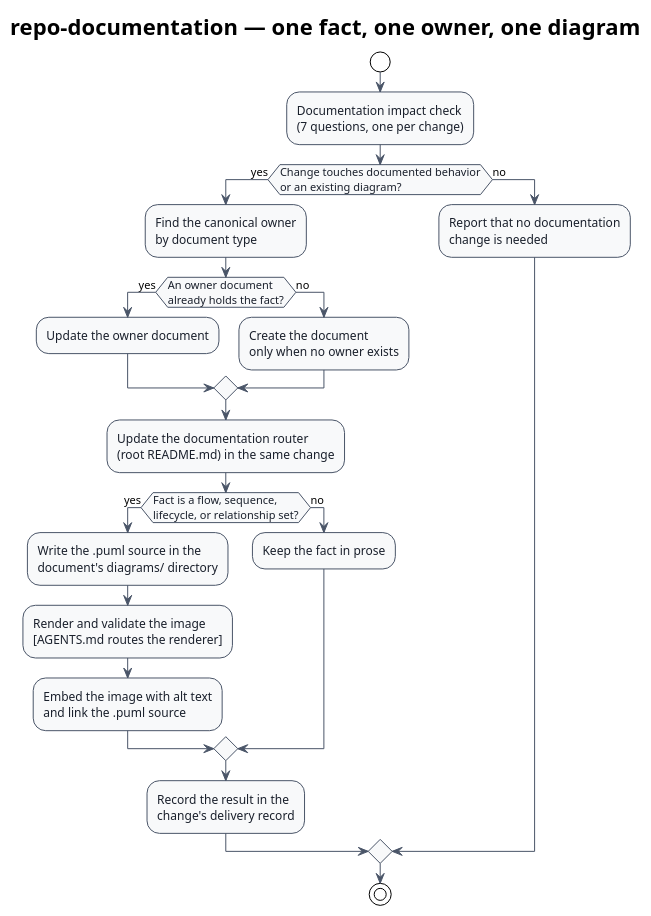
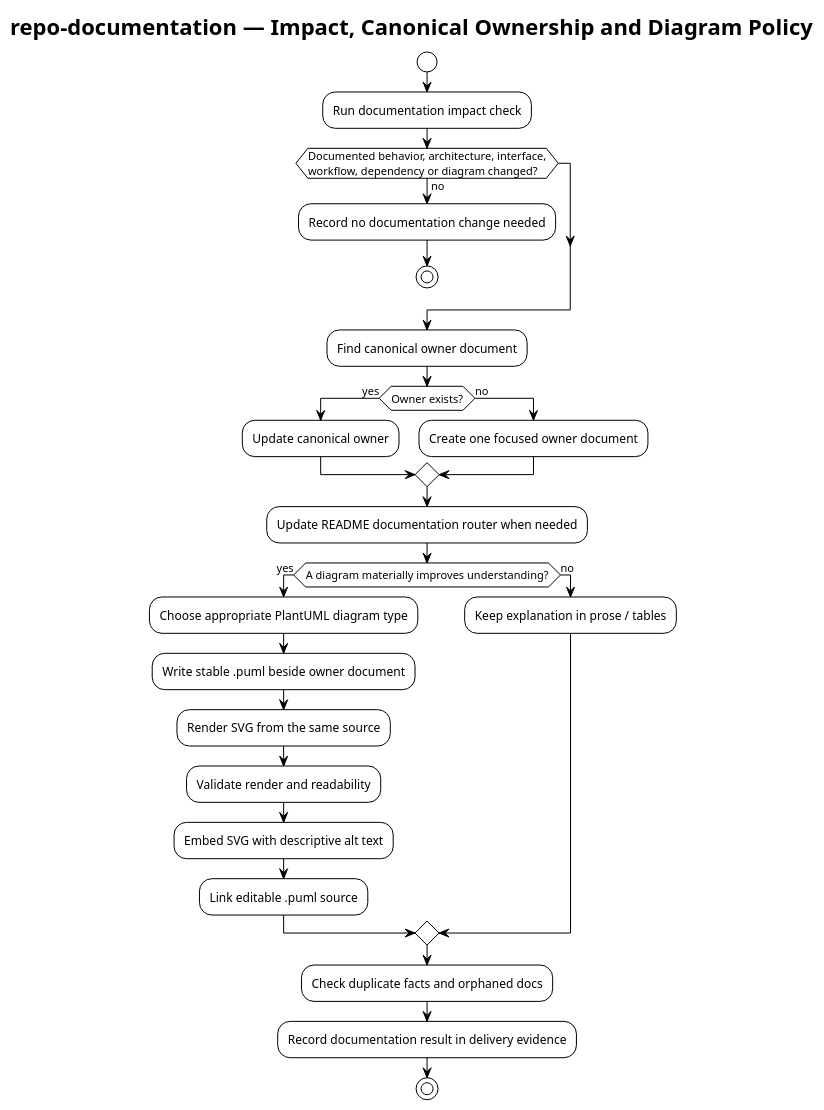
One commit to i-zrhe2016/codex-development-workflow changed the diagram in docs/skills/repo-documentation/diagrams/repo-documentation-flow.puml. Above: the diagram before and after it, drawn with PlantUML. The commit also changed 30 other files, not shown here.

First line of the commit message:
Normalize diagrams and documentation with PlantUML (#150)

```diff
--- a/docs/skills/repo-documentation/diagrams/repo-documentation-flow.puml
+++ b/docs/skills/repo-documentation/diagrams/repo-documentation-flow.puml
@@ -1,38 +1,40 @@
 @startuml
 !theme plain
-skinparam backgroundColor #FFFFFF
+skinparam shadowing false
 skinparam defaultFontName Arial
-skinparam ArrowColor #4A5568
-skinparam activityBackgroundColor #F8F9FA
-skinparam activityBorderColor #4A5568
-skinparam activityFontColor #1A202C
 
-title repo-documentation — one fact, one owner, one diagram
+title repo-documentation — Impact, Canonical Ownership and Diagram Policy
 
 start
+:Run documentation impact check;
 
-:Documentation impact check\n(7 questions, one per change);
-
-if (Change touches documented behavior\nor an existing diagram?) then (yes)
-  :Find the canonical owner\nby document type;
-  if (An owner document\nalready holds the fact?) then (yes)
-    :Update the owner document;
-  else (no)
-    :Create the document\nonly when no owner exists;
-  endif
-  :Update the documentation router\n(root README.md) in the same change;
-  if (Fact is a flow, sequence,\nlifecycle, or relationship set?) then (yes)
-    :Write the .puml source in the\ndocument's diagrams/ directory;
-    :Render and validate the image\n[AGENTS.md routes the renderer];
-    :Embed the image with alt text\nand link the .puml source;
-  else (no)
-    :Keep the fact in prose;
-  endif
-  :Record the result in the\nchange's delivery record;
-else (no)
-  :Report that no documentation\nchange is needed;
+if (Documented behavior, architecture, interface,\nworkflow, dependency or diagram changed?) then (no)
+  :Record no documentation change needed;
+  stop
 endif
 
+:Find canonical owner document;
+
+if (Owner exists?) then (yes)
+  :Update canonical owner;
+else (no)
+  :Create one focused owner document;
+endif
+
+:Update README documentation router when needed;
+
+if (A diagram materially improves understanding?) then (yes)
+  :Choose appropriate PlantUML diagram type;
+  :Write stable .puml beside owner document;
+  :Render SVG from the same source;
+  :Validate render and readability;
+  :Embed SVG with descriptive alt text;
+  :Link editable .puml source;
+else (no)
+  :Keep explanation in prose / tables;
+endif
+
+:Check duplicate facts and orphaned docs;
+:Record documentation result in delivery evidence;
 stop
-
 @enduml
```
